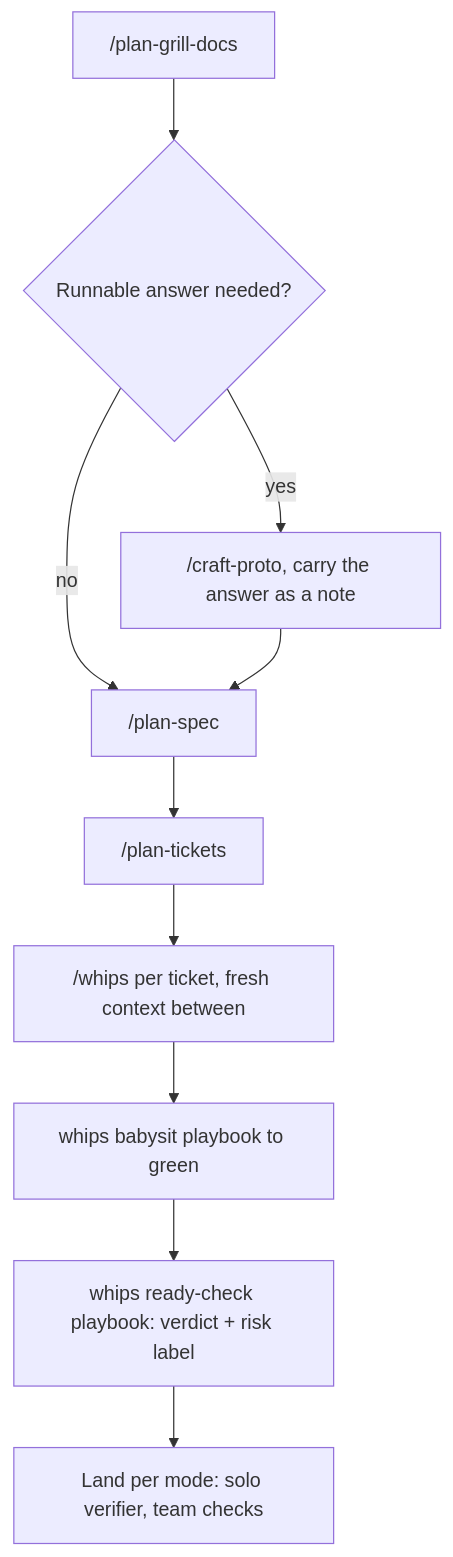
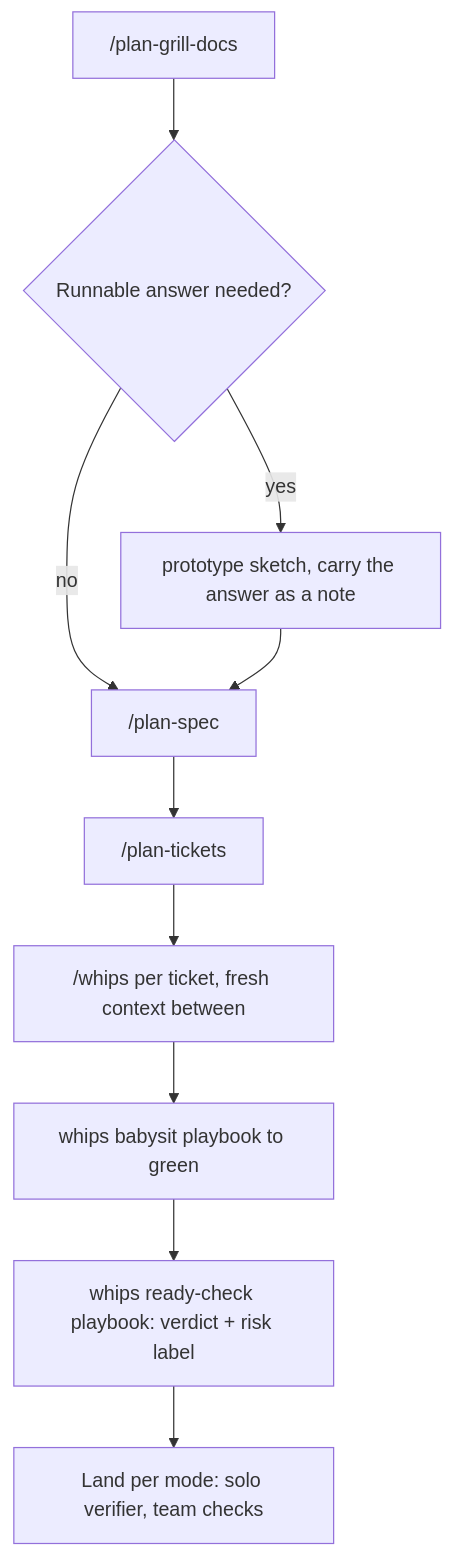
The third of 5 diagrams in skills/user-invoked/guide/COOKBOOK.md (TudeOrangBiasa/skills-for-agents), drawn with Mermaid before and after one commit. The commit also changed other lines of this file and 95 other files, not shown here.

````diff
--- a/skills/user-invoked/guide/COOKBOOK.md
+++ b/skills/user-invoked/guide/COOKBOOK.md
@@ -46,9 +46,9 @@
 ```mermaid
 flowchart TD
     D["/plan-grill-docs"] --> Q{"Runnable answer needed?"}
-    Q -->|yes| P["/craft-proto, carry the answer as a note"]
+    Q -->|yes| P["prototype sketch, carry the answer as a note"]
     Q -->|no| S["/plan-spec"]
     P --> S
     S --> T["/plan-tickets"] --> W["/whips per ticket, fresh context between"]
     W --> B["whips babysit playbook to green"] --> R["whips ready-check playbook: verdict + risk label"] --> M["Land per mode: solo verifier, team checks"]
 ```
````
